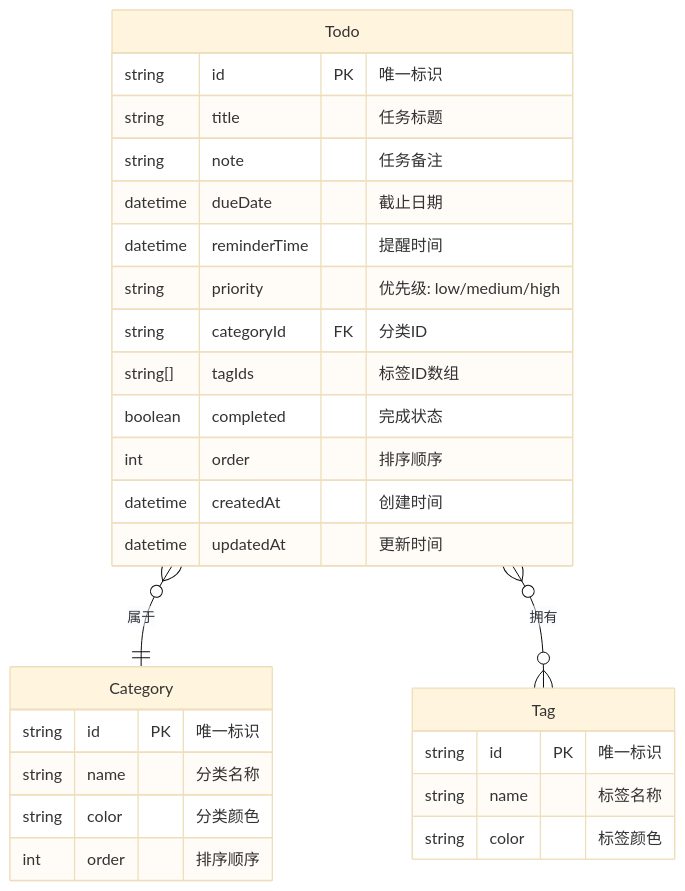
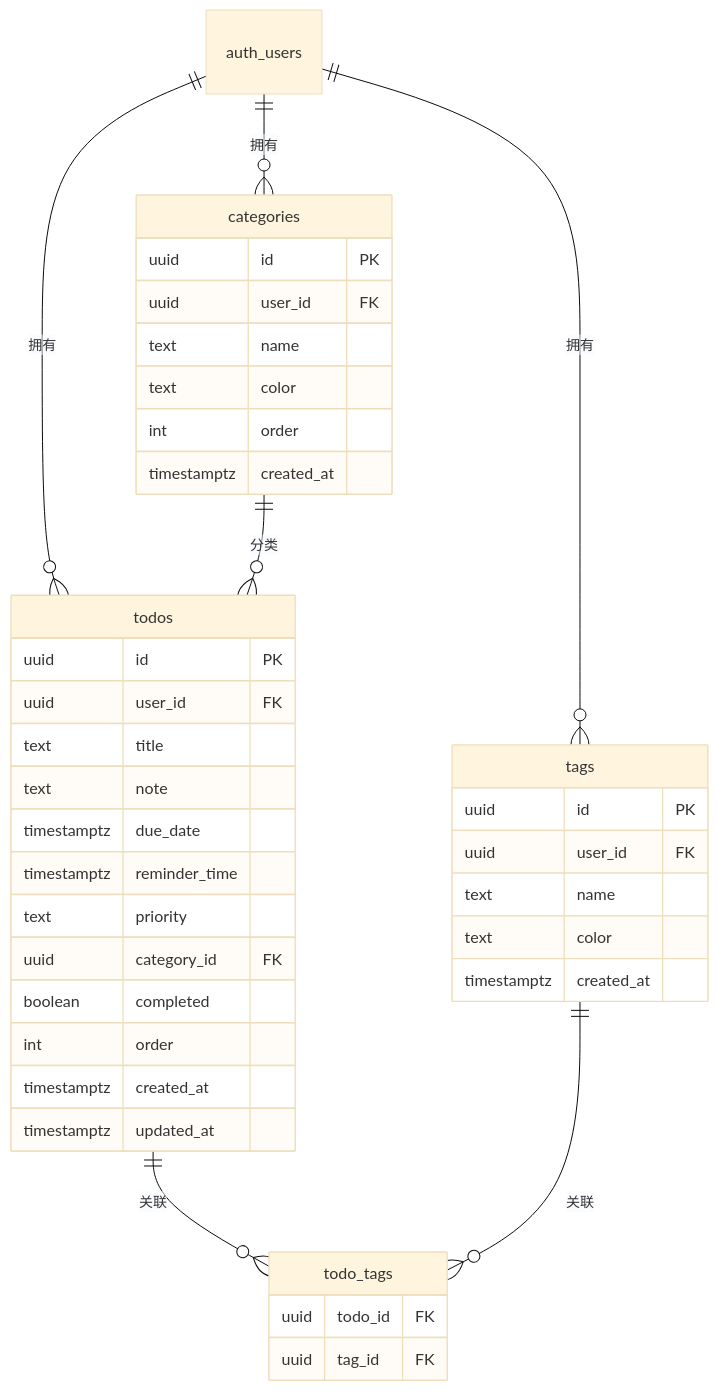
One commit to DAXIAdaxia/todoFromTrae changed the third of 3 diagrams in .trae/documents/todo-app-plan.md. Above: the diagram before and after it, drawn with Mermaid (base theme). The commit also changed other lines of this file and 1 other file, not shown here.

````diff
--- a/.trae/documents/todo-app-plan.md
+++ b/.trae/documents/todo-app-plan.md
@@ -140,33 +154,46 @@
 ```mermaid
 erDiagram
-    Todo {
-        string id PK "唯一标识"
-        string title "任务标题"
-        string note "任务备注"
-        datetime dueDate "截止日期"
-        datetime reminderTime "提醒时间"
-        string priority "优先级: low/medium/high"
-        string categoryId FK "分类ID"
-        string[] tagIds "标签ID数组"
-        boolean completed "完成状态"
-        int order "排序顺序"
-        datetime createdAt "创建时间"
-        datetime updatedAt "更新时间"
+    auth_users ||--o{ categories : "拥有"
+    auth_users ||--o{ tags : "拥有"
+    auth_users ||--o{ todos : "拥有"
+    categories ||--o{ todos : "分类"
+    todos ||--o{ todo_tags : "关联"
+    tags ||--o{ todo_tags : "关联"
+
+    categories {
+        uuid id PK
+        uuid user_id FK
+        text name
+        text color
+        int order
+        timestamptz created_at
     }
-    
-    Category {
-        string id PK "唯一标识"
-        string name "分类名称"
-        string color "分类颜色"
-        int order "排序顺序"
+
+    tags {
+        uuid id PK
+        uuid user_id FK
+        text name
+        text color
+        timestamptz created_at
     }
-    
-    Tag {
-        string id PK "唯一标识"
-        string name "标签名称"
-        string color "标签颜色"
+
+    todos {
+        uuid id PK
+        uuid user_id FK
+        text title
+        text note
+        timestamptz due_date
+        timestamptz reminder_time
+        text priority
+        uuid category_id FK
+        boolean completed
+        int order
+        timestamptz created_at
+        timestamptz updated_at
     }
-    
-    Todo }o--|| Category : "属于"
-    Todo }o--o{ Tag : "拥有"
+
+    todo_tags {
+        uuid todo_id FK
+        uuid tag_id FK
+    }
 ```
````
